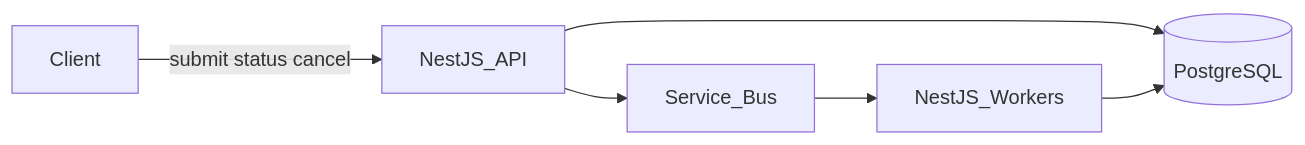
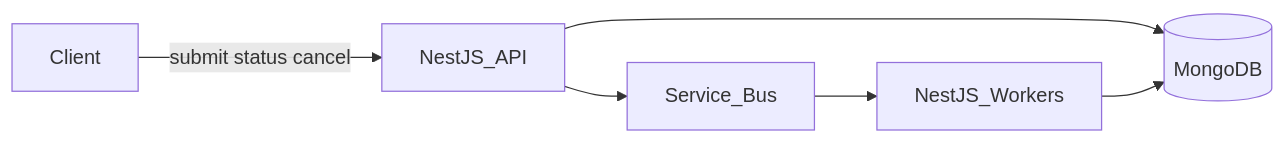
The diagram in README.md (apintado11/makai-async-jobs), drawn with Mermaid before and after one commit. The commit also changed other lines of this file and 1 other file, not shown here.

Commit message:
Use MongoDB as the job store instead of PostgreSQL.

````diff
--- a/README.md
+++ b/README.md
@@ -24,13 +24,13 @@
 ```mermaid
 flowchart LR
   Client[Client]
   Api[NestJS_API]
-  Db[(PostgreSQL)]
+  Db[(MongoDB)]
   Bus[Service_Bus]
   Workers[NestJS_Workers]
   Client -->|"submit status cancel"| Api
   Api --> Db
   Api --> Bus
   Bus --> Workers
   Workers --> Db
 ```
````
